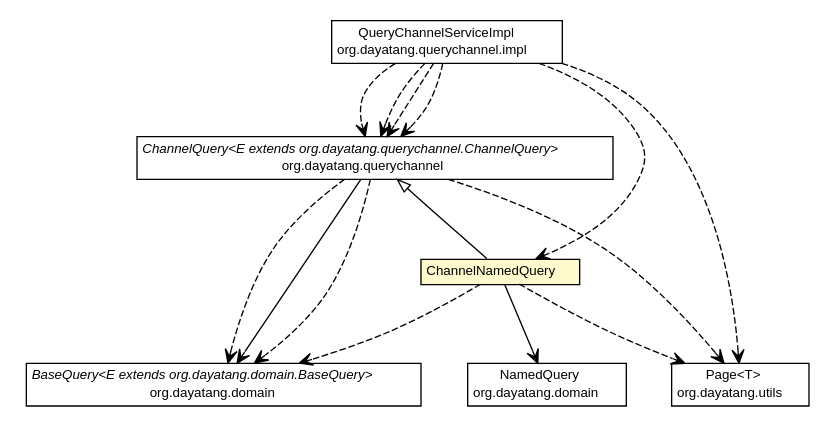
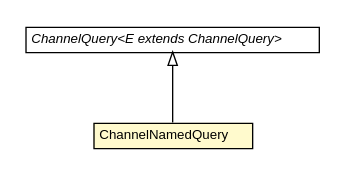
The diagram in dddlib-query-channel/apidocs/org/dayatang/querychannel/query/ChannelNamedQuery.dot (dayatang/dddlib), drawn with Graphviz before and after one commit. The commit also changed 148 other files, not shown here.

```diff
--- a/dddlib-query-channel/apidocs/org/dayatang/querychannel/query/ChannelNamedQuery.dot
+++ b/dddlib-query-channel/apidocs/org/dayatang/querychannel/query/ChannelNamedQuery.dot
@@ -1,81 +1,26 @@
 #!/usr/local/bin/dot
 #
 # Class diagram 
 # Generated by UMLGraph version R5_6_6-8-g8d7759 (http://www.umlgraph.org/)
 #
 
 digraph G {
 	edge [fontname="Helvetica",fontsize=10,labelfontname="Helvetica",labelfontsize=10];
 	node [fontname="Helvetica",fontsize=10,shape=plaintext];
 	nodesep=0.25;
 	ranksep=0.5;
 	// org.dayatang.querychannel.ChannelQuery<E extends org.dayatang.querychannel.ChannelQuery>
-	c48 [label=<<table title="org.dayatang.querychannel.ChannelQuery" border="0" cellborder="1" cellspacing="0" cellpadding="2" port="p" href="../ChannelQuery.html">
+	c32 [label=<<table title="org.dayatang.querychannel.ChannelQuery" border="0" cellborder="1" cellspacing="0" cellpadding="2" port="p" href="../ChannelQuery.html">
 		<tr><td><table border="0" cellspacing="0" cellpadding="1">
-<tr><td align="center" balign="center"><font face="Helvetica-Oblique"> ChannelQuery&lt;E extends org.dayatang.querychannel.ChannelQuery&gt; </font></td></tr>
-<tr><td align="center" balign="center"> org.dayatang.querychannel </td></tr>
+<tr><td align="center" balign="center"><font face="Helvetica-Oblique"> ChannelQuery&lt;E extends ChannelQuery&gt; </font></td></tr>
 		</table></td></tr>
 		</table>>, URL="../ChannelQuery.html", fontname="Helvetica", fontcolor="black", fontsize=10.0];
-	// org.dayatang.querychannel.impl.QueryChannelServiceImpl
-	c49 [label=<<table title="org.dayatang.querychannel.impl.QueryChannelServiceImpl" border="0" cellborder="1" cellspacing="0" cellpadding="2" port="p" href="../impl/QueryChannelServiceImpl.html">
-		<tr><td><table border="0" cellspacing="0" cellpadding="1">
-<tr><td align="center" balign="center"> QueryChannelServiceImpl </td></tr>
-<tr><td align="center" balign="center"> org.dayatang.querychannel.impl </td></tr>
-		</table></td></tr>
-		</table>>, URL="../impl/QueryChannelServiceImpl.html", fontname="Helvetica", fontcolor="black", fontsize=10.0];
 	// org.dayatang.querychannel.query.ChannelNamedQuery
-	c51 [label=<<table title="org.dayatang.querychannel.query.ChannelNamedQuery" border="0" cellborder="1" cellspacing="0" cellpadding="2" port="p" bgcolor="lemonChiffon" href="./ChannelNamedQuery.html">
+	c35 [label=<<table title="org.dayatang.querychannel.query.ChannelNamedQuery" border="0" cellborder="1" cellspacing="0" cellpadding="2" port="p" bgcolor="lemonChiffon" href="./ChannelNamedQuery.html">
 		<tr><td><table border="0" cellspacing="0" cellpadding="1">
 <tr><td align="center" balign="center"> ChannelNamedQuery </td></tr>
 		</table></td></tr>
 		</table>>, URL="./ChannelNamedQuery.html", fontname="Helvetica", fontcolor="black", fontsize=10.0];
 	//org.dayatang.querychannel.query.ChannelNamedQuery extends org.dayatang.querychannel.ChannelQuery<org.dayatang.querychannel.query.ChannelNamedQuery>
-	c48:p -> c51:p [dir=back,arrowtail=empty];
-	// org.dayatang.querychannel.ChannelQuery<E extends org.dayatang.querychannel.ChannelQuery> NAVASSOC org.dayatang.domain.BaseQuery<E extends org.dayatang.domain.BaseQuery>
-	c48:p -> c53:p [taillabel="", label=" "headlabel="", fontname="Helvetica", fontcolor="black", fontsize=10.0, color="black", arrowhead=open];
-	// org.dayatang.querychannel.query.ChannelNamedQuery NAVASSOC org.dayatang.domain.NamedQuery
-	c51:p -> c54:p [taillabel="", label=" "headlabel="", fontname="Helvetica", fontcolor="black", fontsize=10.0, color="black", arrowhead=open];
-	// org.dayatang.querychannel.ChannelQuery<E extends org.dayatang.querychannel.ChannelQuery> DEPEND org.dayatang.domain.BaseQuery<E extends org.dayatang.domain.BaseQuery>
-	c48:p -> c53:p [taillabel="", label=" "headlabel="", fontname="Helvetica", fontcolor="black", fontsize=10.0, color="black", arrowhead=open, style=dashed];
-	// org.dayatang.querychannel.ChannelQuery<E extends org.dayatang.querychannel.ChannelQuery> DEPEND org.dayatang.domain.BaseQuery<E extends org.dayatang.domain.BaseQuery>
-	c48:p -> c53:p [taillabel="", label=" "headlabel="", fontname="Helvetica", fontcolor="black", fontsize=10.0, color="black", arrowhead=open, style=dashed];
-	// org.dayatang.querychannel.ChannelQuery<E extends org.dayatang.querychannel.ChannelQuery> DEPEND org.dayatang.utils.Page<T>
-	c48:p -> c55:p [taillabel="", label=" "headlabel="", fontname="Helvetica", fontcolor="black", fontsize=10.0, color="black", arrowhead=open, style=dashed];
-	// org.dayatang.querychannel.impl.QueryChannelServiceImpl DEPEND org.dayatang.querychannel.query.ChannelNamedQuery
-	c49:p -> c51:p [taillabel="", label=" "headlabel="", fontname="Helvetica", fontcolor="black", fontsize=10.0, color="black", arrowhead=open, style=dashed];
-	// org.dayatang.querychannel.impl.QueryChannelServiceImpl DEPEND org.dayatang.querychannel.ChannelQuery<E extends org.dayatang.querychannel.ChannelQuery>
-	c49:p -> c48:p [taillabel="", label=" "headlabel="", fontname="Helvetica", fontcolor="black", fontsize=10.0, color="black", arrowhead=open, style=dashed];
-	// org.dayatang.querychannel.impl.QueryChannelServiceImpl DEPEND org.dayatang.querychannel.ChannelQuery<E extends org.dayatang.querychannel.ChannelQuery>
-	c49:p -> c48:p [taillabel="", label=" "headlabel="", fontname="Helvetica", fontcolor="black", fontsize=10.0, color="black", arrowhead=open, style=dashed];
-	// org.dayatang.querychannel.impl.QueryChannelServiceImpl DEPEND org.dayatang.querychannel.ChannelQuery<E extends org.dayatang.querychannel.ChannelQuery>
-	c49:p -> c48:p [taillabel="", label=" "headlabel="", fontname="Helvetica", fontcolor="black", fontsize=10.0, color="black", arrowhead=open, style=dashed];
-	// org.dayatang.querychannel.impl.QueryChannelServiceImpl DEPEND org.dayatang.utils.Page<T>
-	c49:p -> c55:p [taillabel="", label=" "headlabel="", fontname="Helvetica", fontcolor="black", fontsize=10.0, color="black", arrowhead=open, style=dashed];
-	// org.dayatang.querychannel.impl.QueryChannelServiceImpl DEPEND org.dayatang.querychannel.ChannelQuery<E extends org.dayatang.querychannel.ChannelQuery>
-	c49:p -> c48:p [taillabel="", label=" "headlabel="", fontname="Helvetica", fontcolor="black", fontsize=10.0, color="black", arrowhead=open, style=dashed];
-	// org.dayatang.querychannel.query.ChannelNamedQuery DEPEND org.dayatang.utils.Page<T>
-	c51:p -> c55:p [taillabel="", label=" "headlabel="", fontname="Helvetica", fontcolor="black", fontsize=10.0, color="black", arrowhead=open, style=dashed];
-	// org.dayatang.querychannel.query.ChannelNamedQuery DEPEND org.dayatang.domain.BaseQuery<E extends org.dayatang.domain.BaseQuery>
-	c51:p -> c53:p [taillabel="", label=" "headlabel="", fontname="Helvetica", fontcolor="black", fontsize=10.0, color="black", arrowhead=open, style=dashed];
-	// org.dayatang.utils.Page<T>
-	c55 [label=<<table title="org.dayatang.utils.Page" border="0" cellborder="1" cellspacing="0" cellpadding="2" port="p" href="http://java.sun.com/j2se/1.4.2/docs/api/org/dayatang/utils/Page.html">
-		<tr><td><table border="0" cellspacing="0" cellpadding="1">
-<tr><td align="center" balign="center"> Page&lt;T&gt; </td></tr>
-<tr><td align="center" balign="center"> org.dayatang.utils </td></tr>
-		</table></td></tr>
-		</table>>, URL="http://java.sun.com/j2se/1.4.2/docs/api/org/dayatang/utils/Page.html", fontname="Helvetica", fontcolor="black", fontsize=10.0];
-	// org.dayatang.domain.NamedQuery
-	c54 [label=<<table title="org.dayatang.domain.NamedQuery" border="0" cellborder="1" cellspacing="0" cellpadding="2" port="p" href="http://java.sun.com/j2se/1.4.2/docs/api/org/dayatang/domain/NamedQuery.html">
-		<tr><td><table border="0" cellspacing="0" cellpadding="1">
-<tr><td align="center" balign="center"> NamedQuery </td></tr>
-<tr><td align="center" balign="center"> org.dayatang.domain </td></tr>
-		</table></td></tr>
-		</table>>, URL="http://java.sun.com/j2se/1.4.2/docs/api/org/dayatang/domain/NamedQuery.html", fontname="Helvetica", fontcolor="black", fontsize=10.0];
-	// org.dayatang.domain.BaseQuery<E extends org.dayatang.domain.BaseQuery>
-	c53 [label=<<table title="org.dayatang.domain.BaseQuery" border="0" cellborder="1" cellspacing="0" cellpadding="2" port="p" href="http://java.sun.com/j2se/1.4.2/docs/api/org/dayatang/domain/BaseQuery.html">
-		<tr><td><table border="0" cellspacing="0" cellpadding="1">
-<tr><td align="center" balign="center"><font face="Helvetica-Oblique"> BaseQuery&lt;E extends org.dayatang.domain.BaseQuery&gt; </font></td></tr>
-<tr><td align="center" balign="center"> org.dayatang.domain </td></tr>
-		</table></td></tr>
-		</table>>, URL="http://java.sun.com/j2se/1.4.2/docs/api/org/dayatang/domain/BaseQuery.html", fontname="Helvetica", fontcolor="black", fontsize=10.0];
+	c32:p -> c35:p [dir=back,arrowtail=empty];
 }
```
